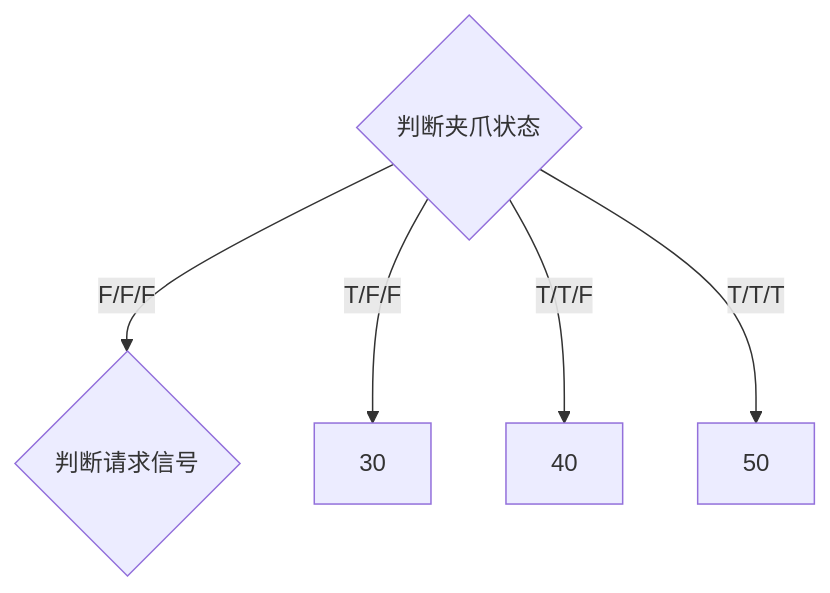
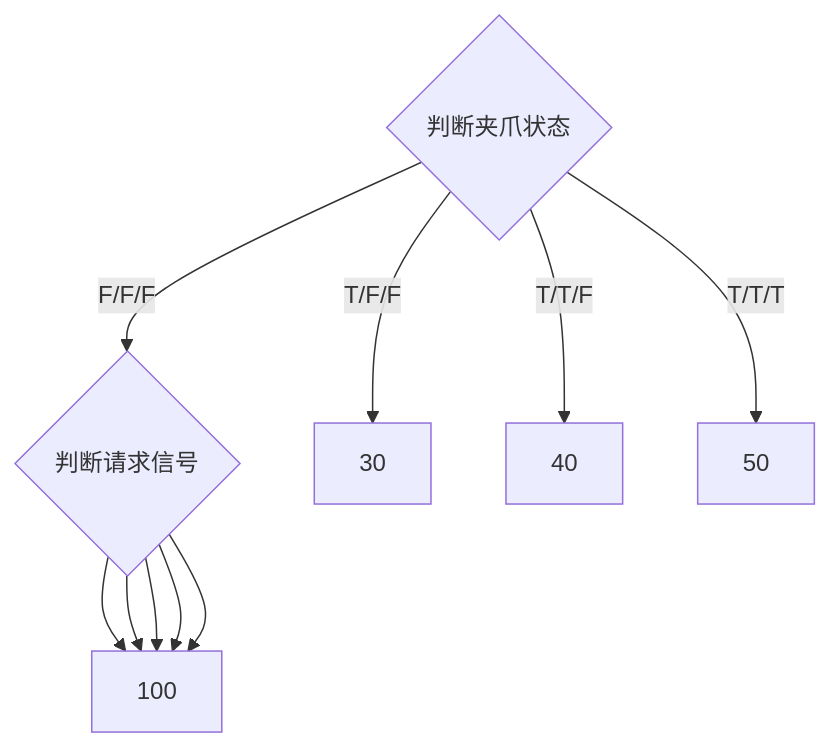
One commit to zmq000/iodraw-files changed the diagram in all/未命名.md. Above: the diagram before and after it, drawn with Mermaid.

Commit message:
2026-06-18 11:49:53 update

````diff
--- a/all/未命名.md
+++ b/all/未命名.md
@@ -1,9 +1,13 @@
 ```mermaid
 graph TD
 10{判断夹爪状态}-->|F/F/F|20
 10-->|T/F/F|30
 10-->|T/T/F|40
 10-->|T/T/T|50
 
-20{判断请求信号}
+20{判断请求信号}-->100
+20{判断请求信号}-->100
+20{判断请求信号}-->100
+20{判断请求信号}-->100
+20{判断请求信号}-->100
 ```
````
